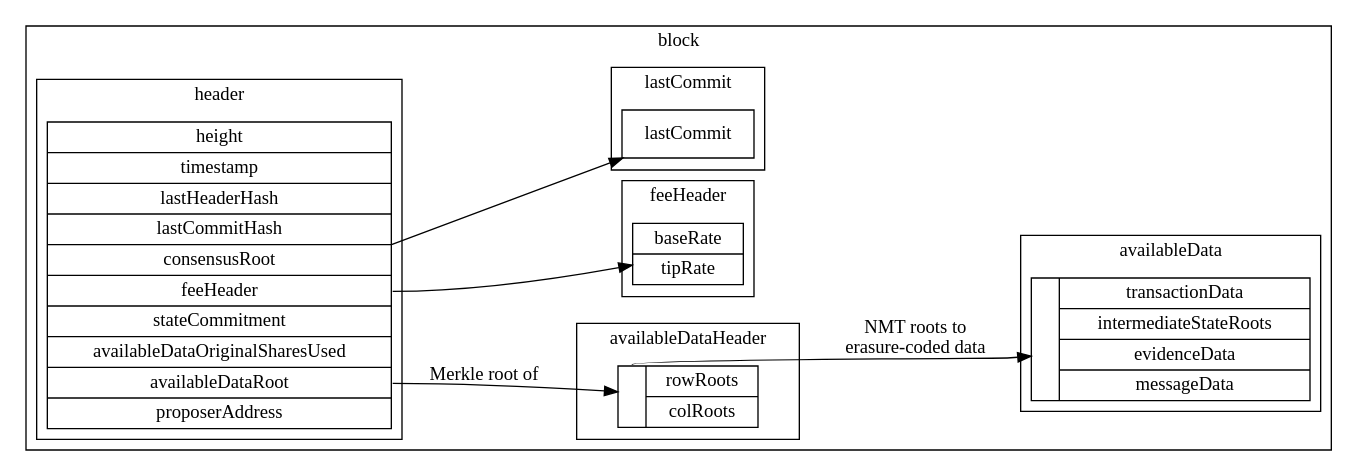
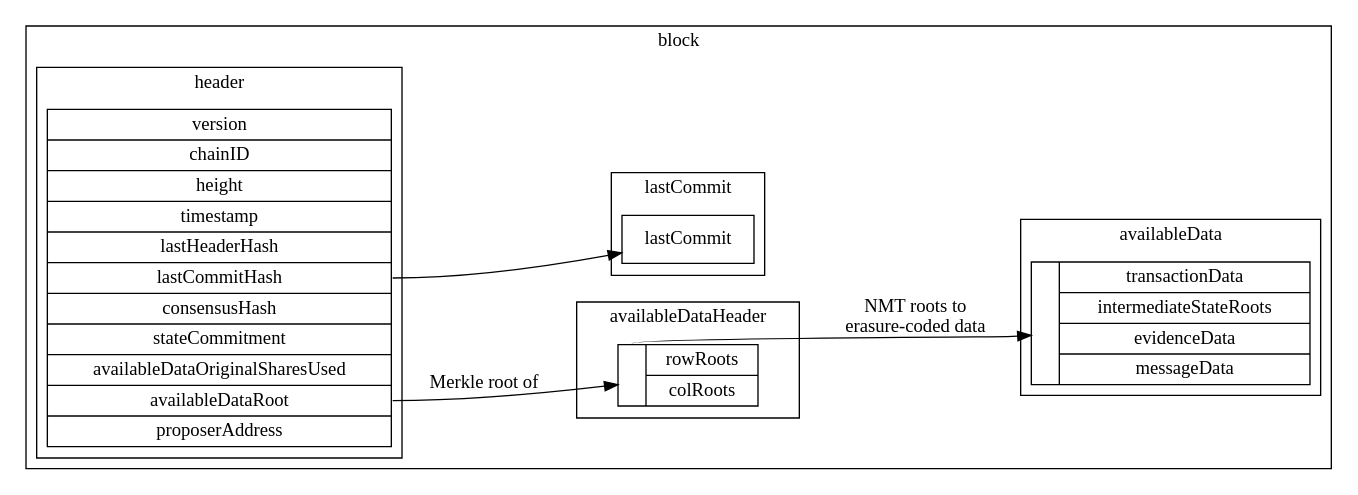
Before and after one commit to celestiaorg/celestia-specs: the diagram in src/specs/figures/block_data_structures.dot, drawn with Graphviz. The commit also changed 1 other file, not shown here.

Commit message:
Update data structures figure. (#170)

```diff
--- a/src/specs/figures/block_data_structures.dot
+++ b/src/specs/figures/block_data_structures.dot
@@ -1,42 +1,36 @@
 digraph G {
     rankdir = "LR";
     node [shape = record];
 
     subgraph cluster_block {
         label = "block";
 
         subgraph cluster_availableheader {
             label = "availableDataHeader";
-            struct5 [label = "{<f0> | { rowRoots | colRoots } }"];
+            struct4 [label = "{<f0> | { rowRoots | colRoots } }"];
         }
 
         subgraph cluster_body {
             label = "availableData";
-            struct4 [label = "{ | { transactionData | intermediateStateRoots | evidenceData | messageData } }"];
-        }
-
-        subgraph cluster_feeheader {
-            label = "feeHeader";
-            struct3 [label = "baseRate | tipRate"];
+            struct3 [label = "{ | { transactionData | intermediateStateRoots | evidenceData | messageData } }"];
         }
 
         subgraph cluster_lastcommit {
             label = "lastCommit";
             struct2 [label = "{lastCommit}"];
         }
 
         subgraph cluster_header {
             label = "header";
-            struct1 [label = "height | timestamp | lastHeaderHash | <f3> lastCommitHash | consensusRoot | <f5> feeHeader | stateCommitment | availableDataOriginalSharesUsed | <f8> availableDataRoot | proposerAddress"];
+            struct1 [label = "version | chainID | height | timestamp | lastHeaderHash | <f5> lastCommitHash | consensusHash | stateCommitment | availableDataOriginalSharesUsed | <f9> availableDataRoot | proposerAddress"];
         }
     }
 
-    struct1:f4 -> struct2;
-    struct1:f5 -> struct3;
-    struct1:f8 -> struct5 [label = "Merkle root of"];
-    struct5:f0 -> struct4 [label = "NMT roots to\nerasure-coded data"];
+    struct1:f5 -> struct2;
+    struct1:f9 -> struct4 [label = "Merkle root of"];
+    struct4:f0 -> struct3 [label = "NMT roots to\nerasure-coded data"];
 
     edge [style = invis];
+    struct1 -> struct3;
     struct1 -> struct4;
-    struct1 -> struct5;
 }
```
